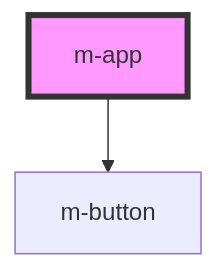
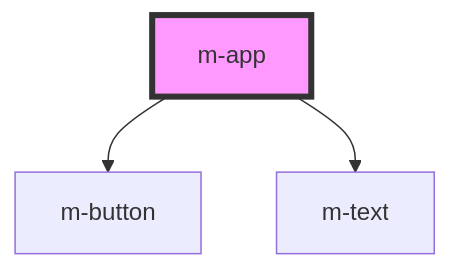
Before and after one commit to dynamic-framework/dynamic-ui: the diagram in design-system/src/components/m-app/readme.md, drawn with Mermaid. The commit also changed other lines of this file and 2 other files, not shown here.

Commit message:
chore: add shadow m-text to m-app to test rush change

````diff
--- a/design-system/src/components/m-app/readme.md
+++ b/design-system/src/components/m-app/readme.md
@@ -15,5 +16,6 @@
 ```mermaid
 graph TD;
   m-app --> m-button
+  m-app --> m-text
   style m-app fill:#f9f,stroke:#333,stroke-width:4px
 ```
````
